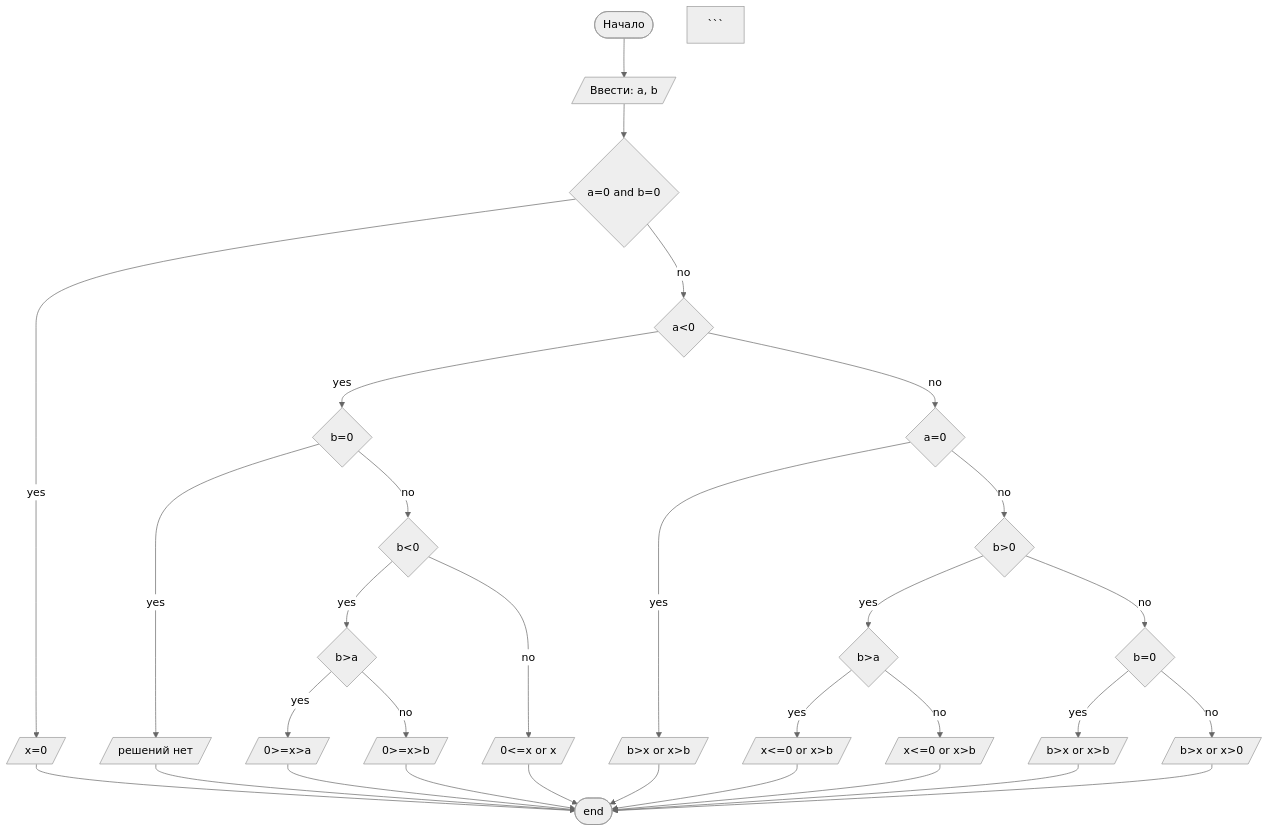
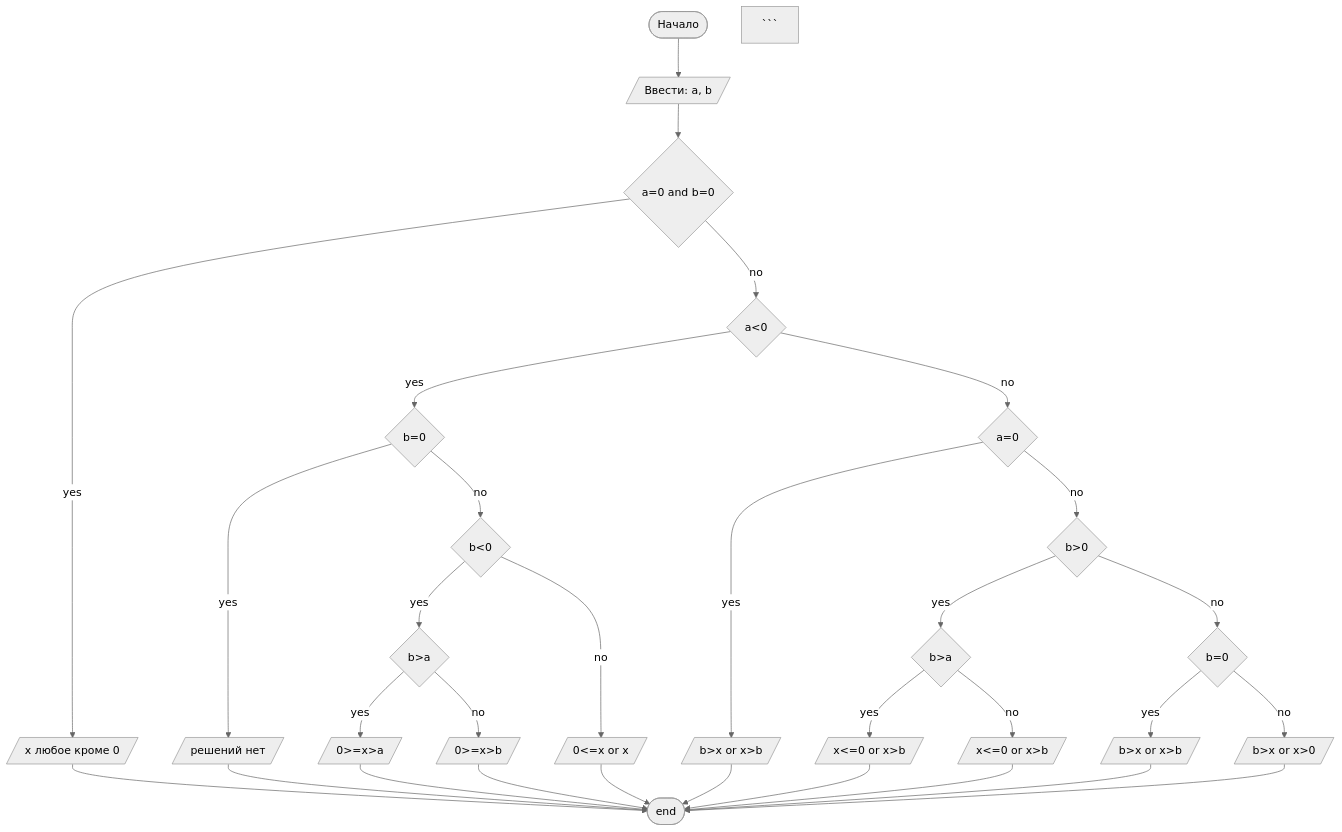
Before and after one commit to AnastasiaGuscova/lab1: the diagram in README.md, drawn with Mermaid (neutral theme). The commit also changed other lines of this file, not shown here.

````diff
--- a/README.md
+++ b/README.md
@@ -80,15 +80,15 @@
 ```mermaid
     graph TD
         Q([Начало]) --> W[/Ввести: a, b/]
-        W--> R{a=0 and b=0} -- yes -->U[/х=0/] --> J([end])
+        W--> R{a=0 and b=0} -- yes -->U[/x любое кроме 0/] --> J([end])
         R -- no --> E{a<0} -- yes --> T{b=0} -- yes --> Y[/решений нет/] --> J([end])
         T -- no --> I{b<0} -- yes --> O{b>a} --  yes --> P[/0>=x>a/] --> J([end])
         O -- no --> A[/0>=x>b/] --> J([end])
         I -- no --> S[/0<=x or x<b/] --> J([end])
         E -- no --> D{a=0} -- yes --> F[/b>x or x>b/] --> J([end])
         D -- no --> H{b>0} -- yes --> K{b>a} -- yes --> L[/x<=0 or x>b/] --> J([end])
         K-- no --> Z[/x<=0 or x>b/] --> J([end])
       H -- no --> X{b=0} -- yes --> C[/b>x or x>b/] --> J([end])
       X -- no --> V[/b>x or x>0/] --> J([end])
     ``` 
 ```
````
